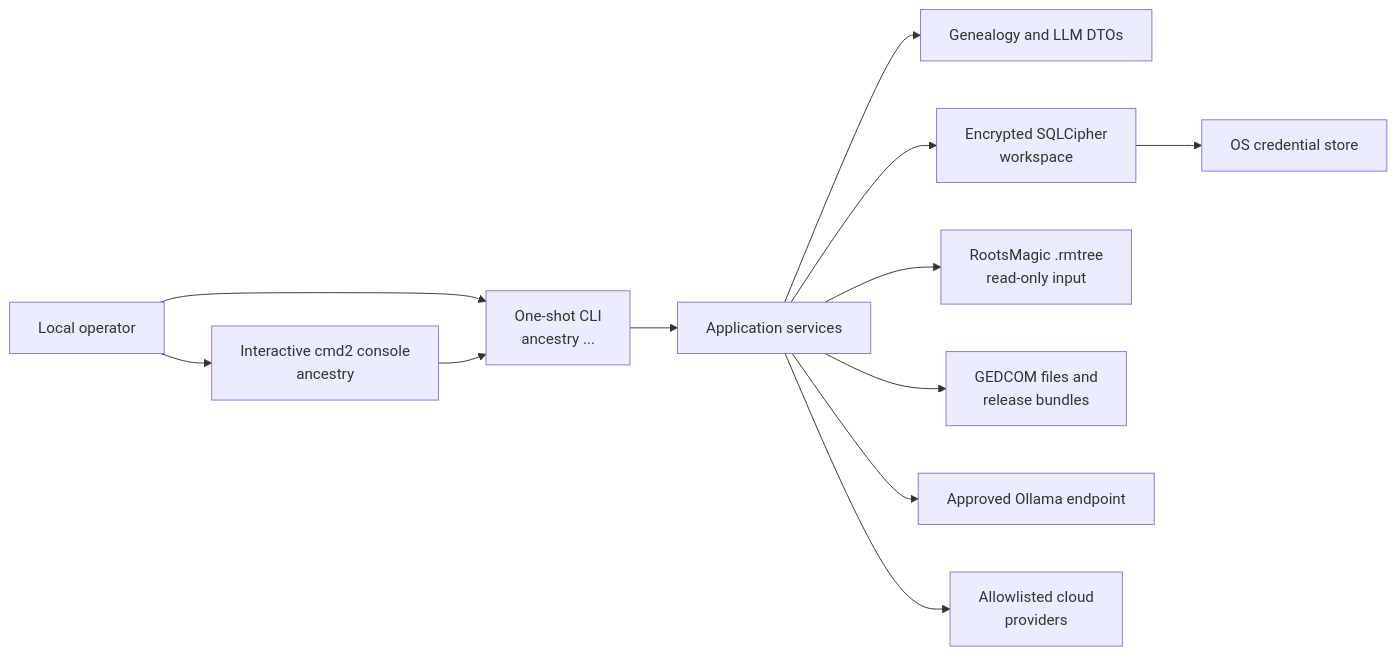
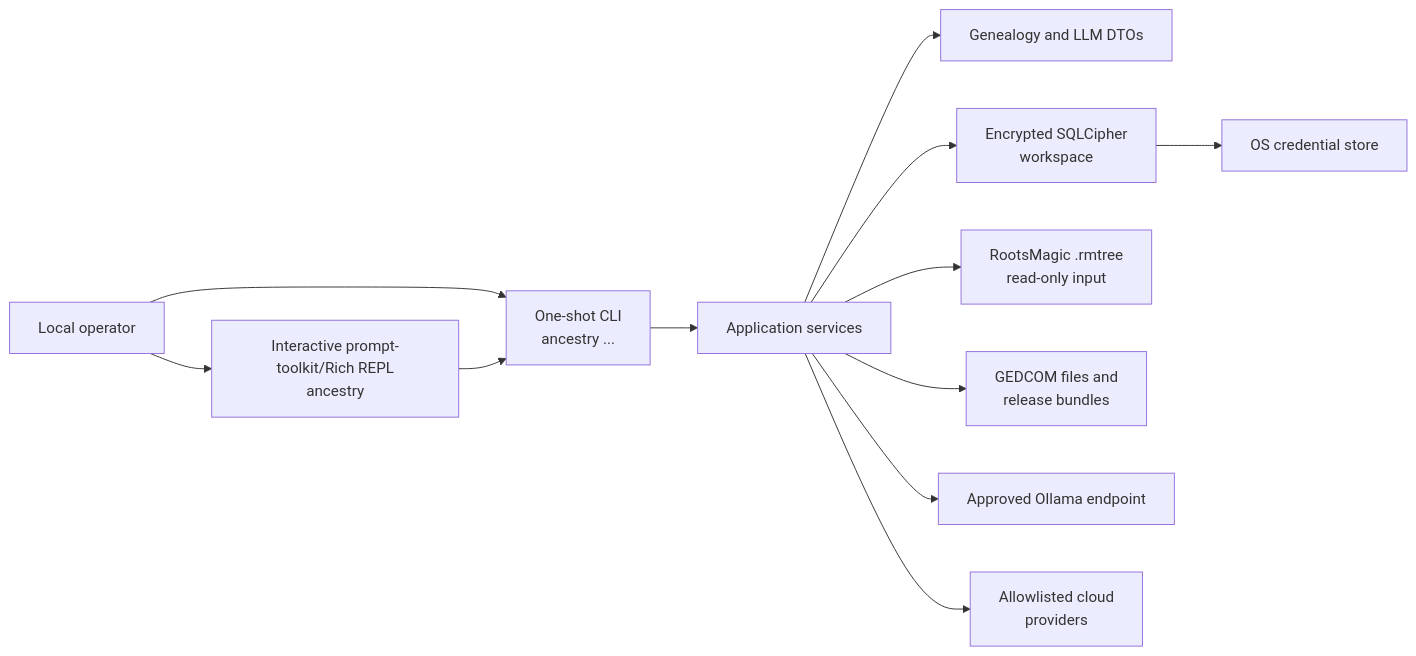
The first of 3 diagrams in ARCHITECTURE.md (sodejm/AncestryLLM), drawn with Mermaid before and after one commit. The commit also changed other lines of this file, not shown here.

Commit message:
docs: align architecture with implemented REPL

````diff
--- a/ARCHITECTURE.md
+++ b/ARCHITECTURE.md
@@ -48,26 +48,26 @@
 ```mermaid
 flowchart LR
     Operator["Local operator"]
     CLI["One-shot CLI\nancestry ..."]
-    Console["Interactive cmd2 console\nancestry"]
+    Console["Interactive prompt-toolkit/Rich REPL\nancestry"]
     Services["Application services"]
     Domain["Genealogy and LLM DTOs"]
     Workspace["Encrypted SQLCipher\nworkspace"]
     Keyring["OS credential store"]
     RM["RootsMagic .rmtree\nread-only input"]
     GED["GEDCOM files and\nrelease bundles"]
     LocalLLM["Approved Ollama endpoint"]
     Cloud["Allowlisted cloud\nproviders"]
 
     Operator --> CLI
     Operator --> Console
     CLI --> Services
     Console --> CLI
     Services --> Domain
     Services --> Workspace
     Workspace --> Keyring
     Services --> RM
     Services --> GED
     Services --> LocalLLM
     Services --> Cloud
 ```
````
